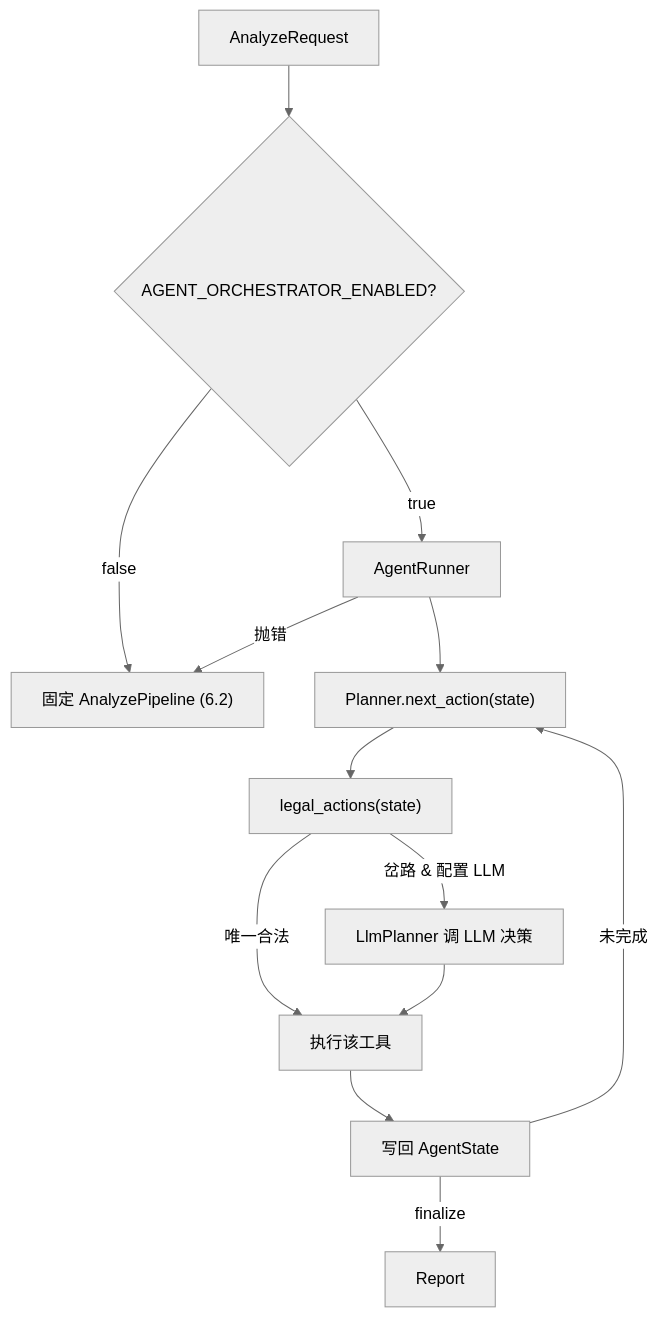
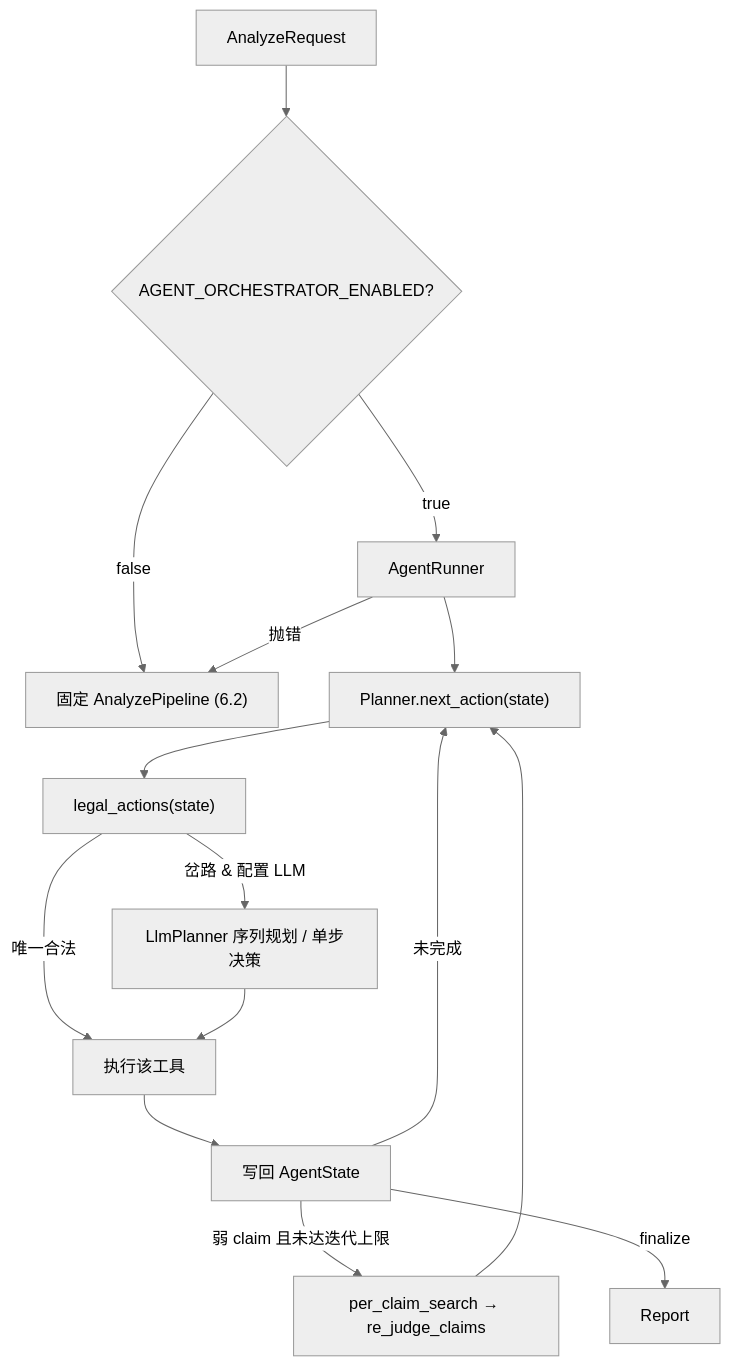
One commit to forwaryan/rumor-checking changed the fifth of 6 diagrams in docs/current-code-architecture-guide.md. Above: the diagram before and after it, drawn with Mermaid (neutral theme). The commit also changed other lines of this file and 11 other files, not shown here.

````diff
--- a/docs/current-code-architecture-guide.md
+++ b/docs/current-code-architecture-guide.md
@@ -286,15 +306,17 @@
 ```mermaid
 flowchart TD
     REQ["AnalyzeRequest"] --> SW{"AGENT_ORCHESTRATOR_ENABLED?"}
     SW -->|false| PIPE["固定 AnalyzePipeline (6.2)"]
     SW -->|true| RUN["AgentRunner"]
     RUN --> PLAN["Planner.next_action(state)"]
     PLAN --> LEGAL["legal_actions(state)"]
     LEGAL -->|唯一合法| TOOL["执行该工具"]
-    LEGAL -->|岔路 & 配置 LLM| LLM["LlmPlanner 调 LLM 决策"]
-    LLM --> TOOL
+    LEGAL -->|岔路 & 配置 LLM| SEQ["LlmPlanner 序列规划 / 单步决策"]
+    SEQ --> TOOL
     TOOL --> STATE["写回 AgentState"]
+    STATE -->|弱 claim 且未达迭代上限| REJUDGE["per_claim_search → re_judge_claims"]
+    REJUDGE --> PLAN
     STATE -->|未完成| PLAN
     STATE -->|finalize| REPORT["Report"]
     RUN -->|抛错| PIPE
 ```
````
